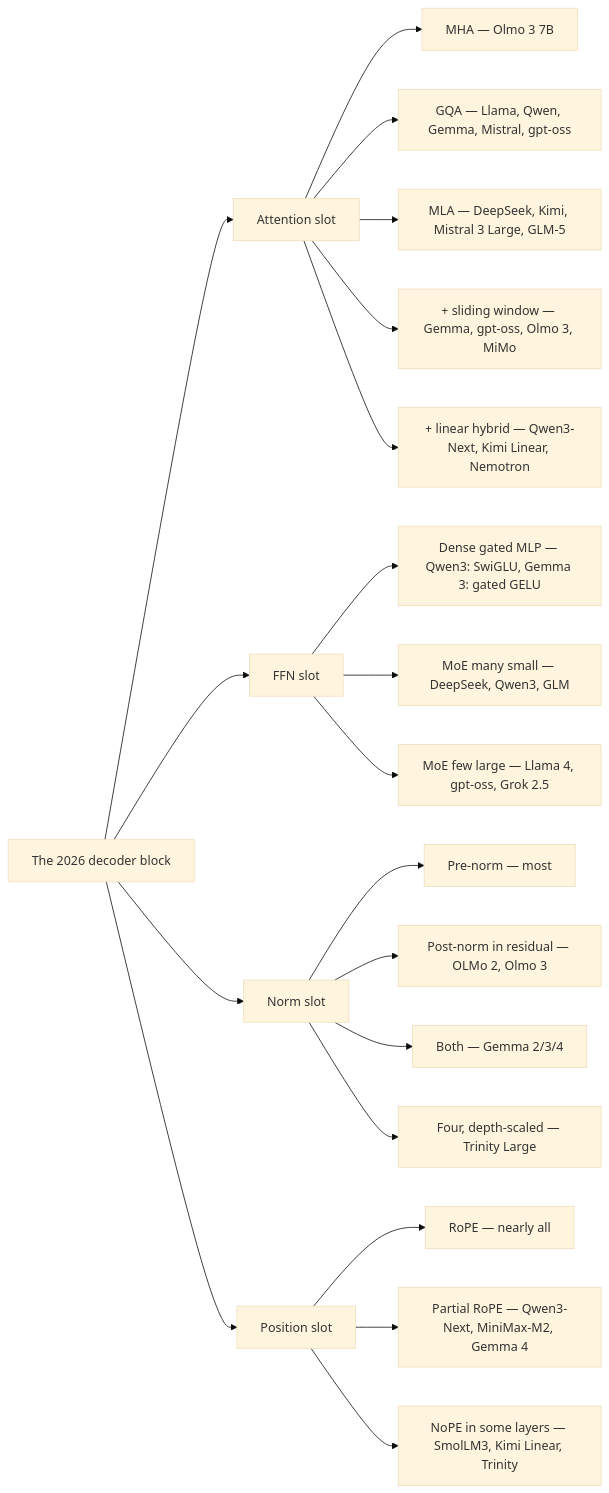
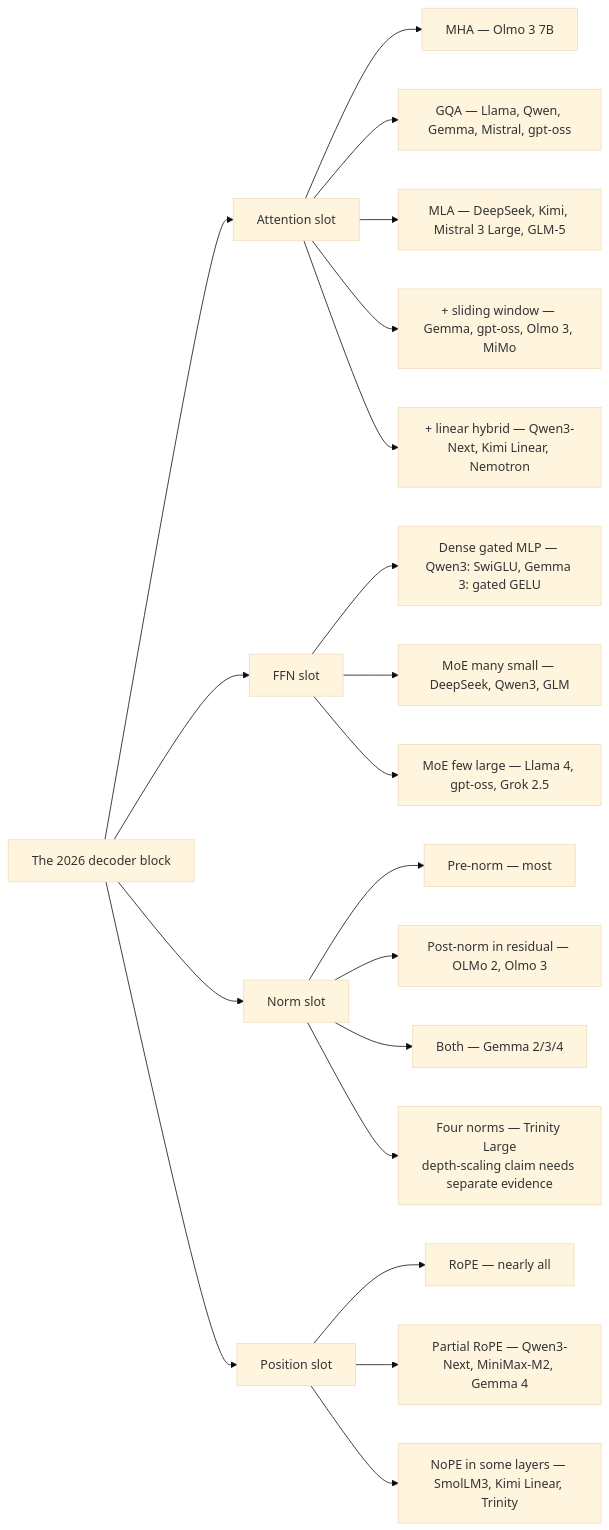
One commit to alliedbrother/ml-interview-notes changed the first of 2 diagrams in content/courses/transformers/15-modern-architecture-case-studies.md. Above: the diagram before and after it, drawn with Mermaid (base theme). The commit also changed other lines of this file and 88 other files, not shown here.

````diff
--- a/content/courses/transformers/15-modern-architecture-case-studies.md
+++ b/content/courses/transformers/15-modern-architecture-case-studies.md
@@ -329,22 +337,22 @@
 ```mermaid
 flowchart LR
     ROOT["The 2026 decoder block"] --> ATT["Attention slot"]
     ROOT --> FFN["FFN slot"]
     ROOT --> NORM["Norm slot"]
     ROOT --> POS["Position slot"]
     ATT --> A1["MHA — Olmo 3 7B"]
     ATT --> A2["GQA — Llama, Qwen, Gemma, Mistral, gpt-oss"]
     ATT --> A3["MLA — DeepSeek, Kimi, Mistral 3 Large, GLM-5"]
     ATT --> A4["+ sliding window — Gemma, gpt-oss, Olmo 3, MiMo"]
     ATT --> A5["+ linear hybrid — Qwen3-Next, Kimi Linear, Nemotron"]
     FFN --> F1["Dense gated MLP — Qwen3: SwiGLU, Gemma 3: gated GELU"]
     FFN --> F2["MoE many small — DeepSeek, Qwen3, GLM"]
     FFN --> F3["MoE few large — Llama 4, gpt-oss, Grok 2.5"]
     NORM --> N1["Pre-norm — most"]
     NORM --> N2["Post-norm in residual — OLMo 2, Olmo 3"]
     NORM --> N3["Both — Gemma 2/3/4"]
-    NORM --> N4["Four, depth-scaled — Trinity Large"]
+    NORM --> N4["Four norms — Trinity Large<br/>depth-scaling claim needs separate evidence"]
     POS --> P1["RoPE — nearly all"]
     POS --> P2["Partial RoPE — Qwen3-Next, MiniMax-M2, Gemma 4"]
     POS --> P3["NoPE in some layers — SmolLM3, Kimi Linear, Trinity"]
 ```
````
